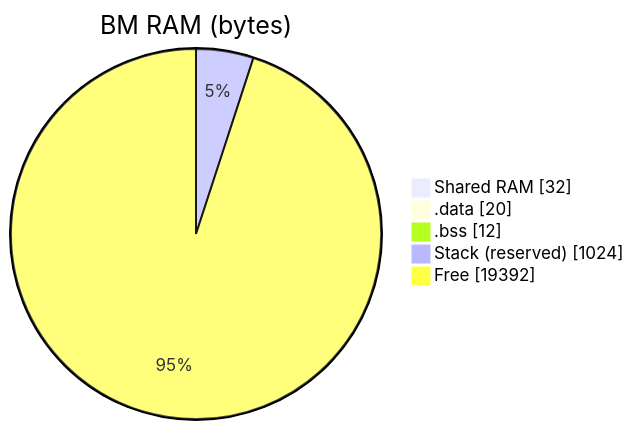
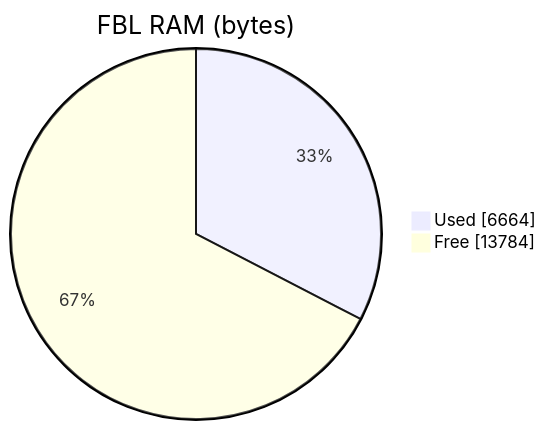
The fourth of 6 diagrams in README.md (Marks100/HUB), drawn with Mermaid before and after one commit. The commit also changed other lines of this file and 11 other files, not shown here.

````diff
--- a/README.md
+++ b/README.md
@@ -50,8 +48,5 @@
 ```mermaid
-pie showData title BM RAM (bytes)
-    "Shared RAM" : 32
-    ".data" : 20
-    ".bss" : 12
-    "Stack (reserved)" : 1024
-    "Free" : 19392
+pie showData title FBL RAM (bytes)
+    "Used" : 6664
+    "Free" : 13784
 ```
````
